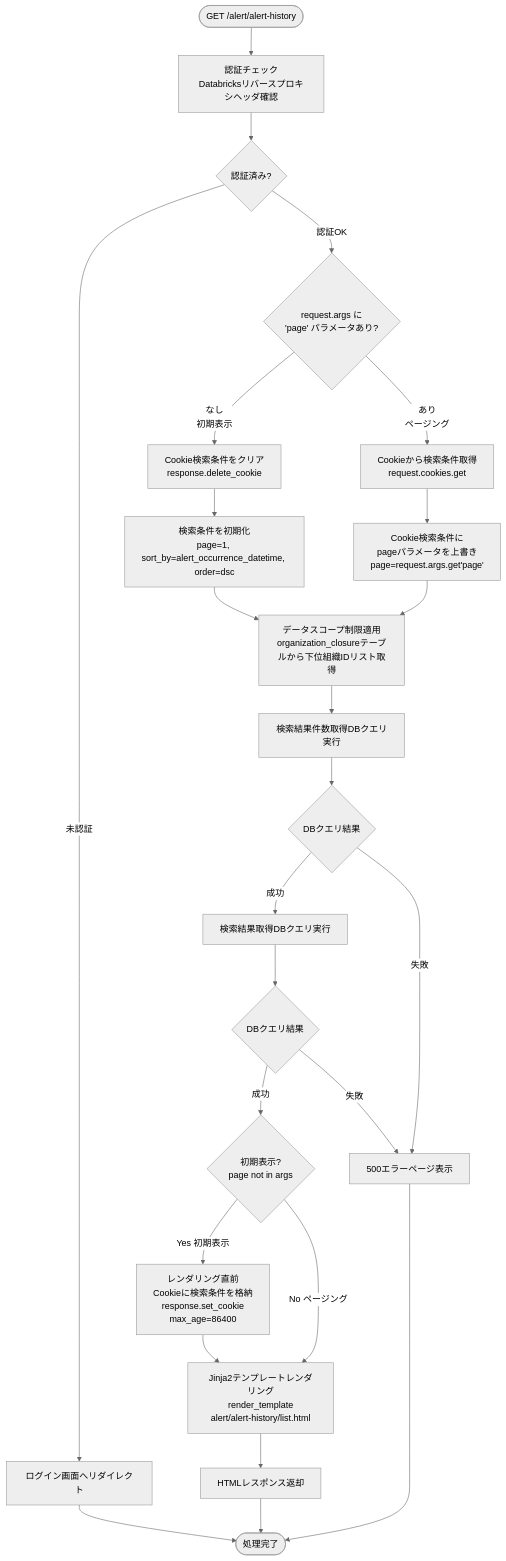
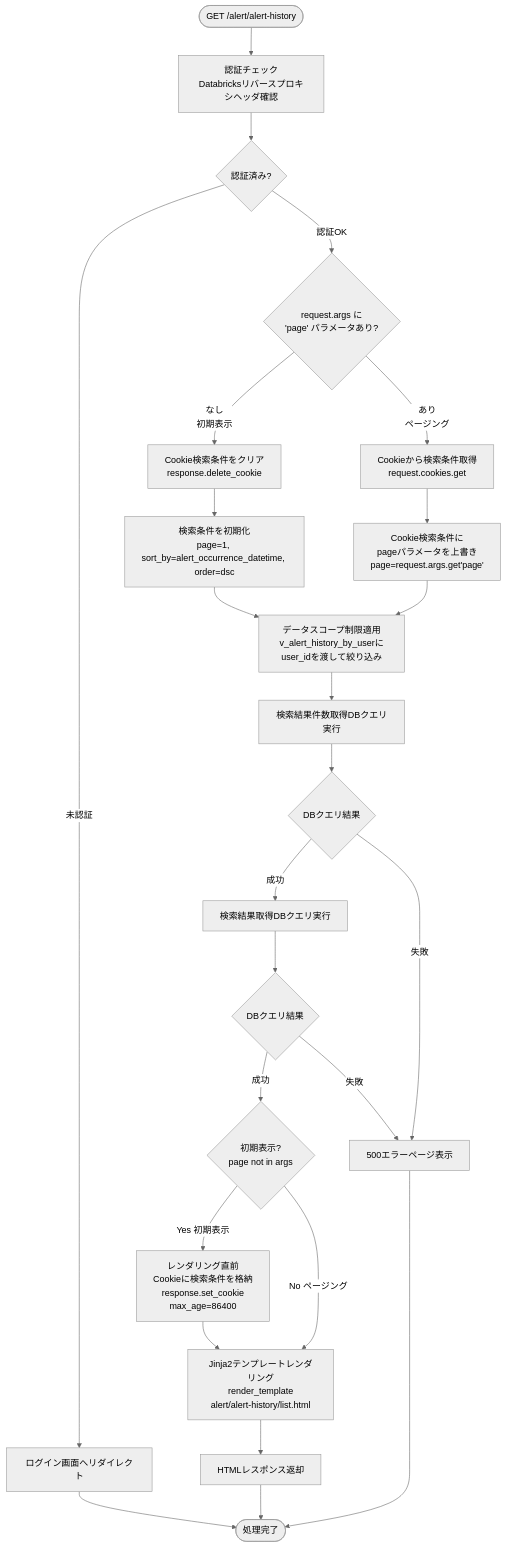
One commit to NSW-SVCP-AIWG002/Databricks-IoT changed the first of 3 diagrams in docs/03-features/flask-app/alert-history/workflow-specification.md. Above: the diagram before and after it, drawn with Mermaid (neutral theme). The commit also changed other lines of this file and 139 other files, not shown here.

````diff
--- a/docs/03-features/flask-app/alert-history/workflow-specification.md
+++ b/docs/03-features/flask-app/alert-history/workflow-specification.md
@@ -115,38 +115,38 @@
 ```mermaid
 flowchart TD
     Start([GET /alert/alert-history]) --> Auth[認証チェック<br>Databricksリバースプロキシヘッダ確認]
     Auth --> CheckAuth{認証済み?}
     CheckAuth -->|未認証| LoginRedirect[ログイン画面へリダイレクト]
 
     CheckAuth -->|認証OK| CheckPage{request.args に<br>'page' パラメータあり?}
 
     CheckPage -->|なし<br>初期表示| ClearCookie[Cookie検索条件をクリア<br>response.delete_cookie]
     CheckPage -->|あり<br>ページング| GetCookie[Cookieから検索条件取得<br>request.cookies.get]
 
     ClearCookie --> InitParams[検索条件を初期化<br>page=1, sort_by=alert_occurrence_datetime, order=dsc]
     GetCookie --> OverridePage[Cookie検索条件に<br>pageパラメータを上書き<br>page=request.args.get'page']
 
-    InitParams --> Scope[データスコープ制限適用<br>organization_closureテーブルから下位組織IDリスト取得]
+    InitParams --> Scope[データスコープ制限適用<br>v_alert_history_by_userにuser_idを渡して絞り込み]
     OverridePage --> Scope
 
     Scope --> Count[検索結果件数取得DBクエリ実行]
     Count --> CheckDB0{DBクエリ結果}
 
     CheckDB0 -->|成功| Query[検索結果取得DBクエリ実行]
     CheckDB0 -->|失敗| Error500[500エラーページ表示]
 
     Query --> CheckDB{DBクエリ結果}
 
     CheckDB -->|成功| CheckInitial{初期表示?<br>page not in args}
     CheckDB -->|失敗| Error500
 
     CheckInitial -->|Yes 初期表示| SaveCookie[レンダリング直前<br>Cookieに検索条件を格納<br>response.set_cookie<br>max_age=86400]
     CheckInitial -->|No ページング| Template[Jinja2テンプレートレンダリング<br>render_template<br>alert/alert-history/list.html]
 
     SaveCookie --> Template
     Template --> Response[HTMLレスポンス返却]
 
     LoginRedirect --> End([処理完了])
     Response --> End
     Error500 --> End
 ```
````
